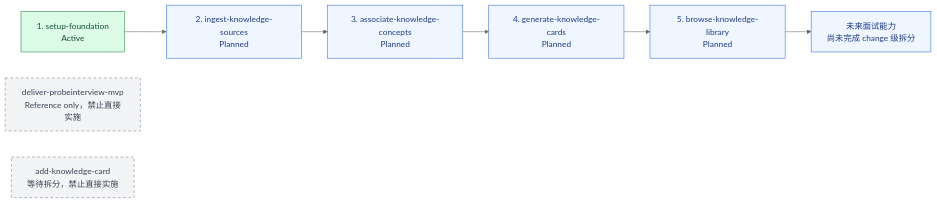
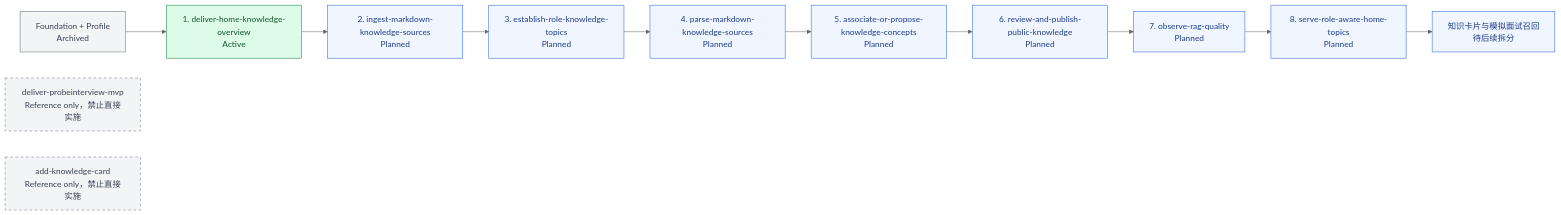
The diagram in docs/mvp-roadmap.md (jzh007-dev/ProbeInterview), drawn with Mermaid (neutral theme) before and after one commit. The commit also changed other lines of this file and 20 other files, not shown here.

Commit message:
feat: add home knowledge overview

````diff
--- a/docs/mvp-roadmap.md
+++ b/docs/mvp-roadmap.md
@@ -27,18 +27,24 @@
 ```mermaid
 flowchart LR
-    SF["1. setup-foundation<br/>Active"] --> IKS["2. ingest-knowledge-sources<br/>Planned"]
-    IKS --> AKC["3. associate-knowledge-concepts<br/>Planned"]
-    AKC --> GKC["4. generate-knowledge-cards<br/>Planned"]
-    GKC --> BKL["5. browse-knowledge-library<br/>Planned"]
-    BKL --> FUT["未来面试能力<br/>尚未完成 change 级拆分"]
+    BASE["Foundation + Profile<br/>Archived"] --> HKO["1. deliver-home-knowledge-overview<br/>Active"]
+    HKO --> MKS["2. ingest-markdown-knowledge-sources<br/>Planned"]
+    MKS --> RKT["3. establish-role-knowledge-topics<br/>Planned"]
+    RKT --> PMS["4. parse-markdown-knowledge-sources<br/>Planned"]
+    PMS --> APC["5. associate-or-propose-knowledge-concepts<br/>Planned"]
+    APC --> RPK["6. review-and-publish-public-knowledge<br/>Planned"]
+    RPK --> ORQ["7. observe-rag-quality<br/>Planned"]
+    ORQ --> RHT["8. serve-role-aware-home-topics<br/>Planned"]
+    RHT --> FUT["知识卡片与模拟面试召回<br/>待后续拆分"]
 
     REF["deliver-probeinterview-mvp<br/>Reference only，禁止直接实施"]
-    LARGE["add-knowledge-card<br/>等待拆分，禁止直接实施"]
+    LARGE["add-knowledge-card<br/>Reference only，禁止直接实施"]
 
+    classDef archived fill:#f3f4f6,stroke:#6b7280,color:#374151;
     classDef active fill:#dcfce7,stroke:#15803d,color:#14532d;
     classDef planned fill:#eff6ff,stroke:#2563eb,color:#1e3a8a;
     classDef reference fill:#f3f4f6,stroke:#6b7280,color:#374151,stroke-dasharray: 5 5;
-    class SF active;
-    class IKS,AKC,GKC,BKL,FUT planned;
+    class BASE archived;
+    class HKO active;
+    class MKS,RKT,PMS,APC,RPK,ORQ,RHT,FUT planned;
     class REF,LARGE reference;
 ```
````
